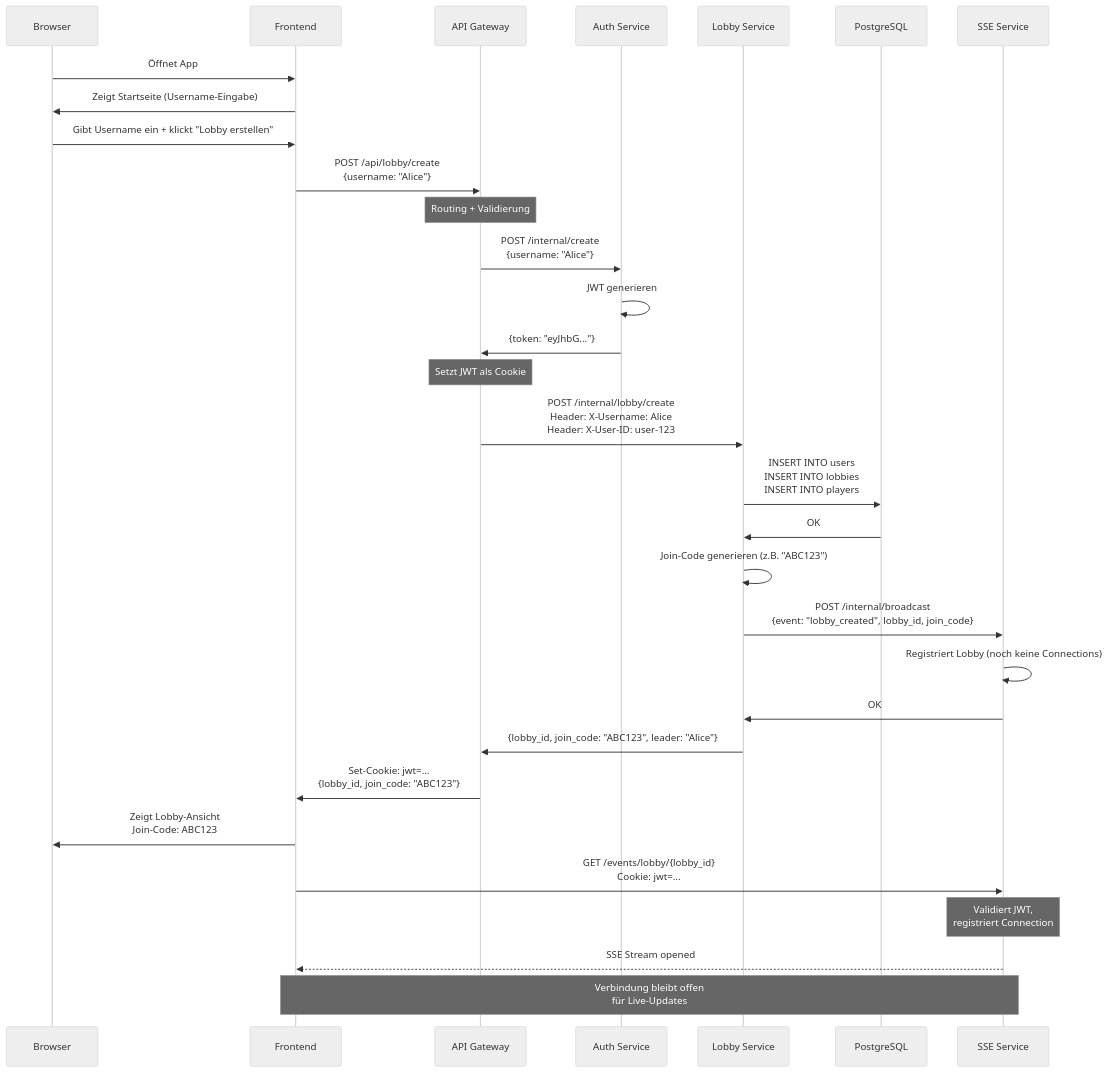
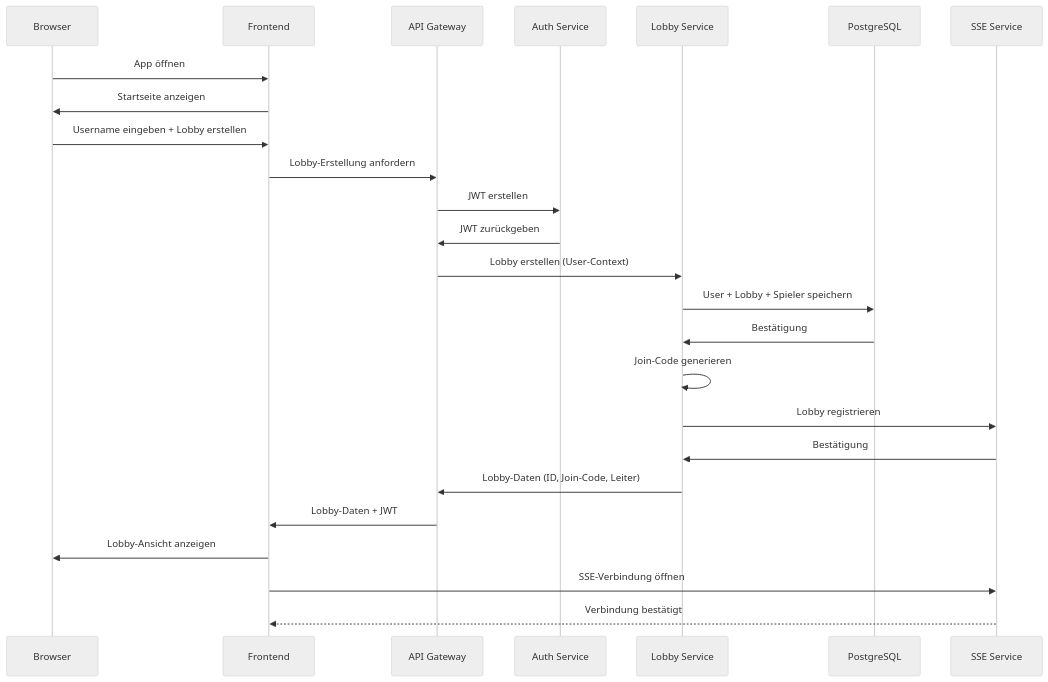
Before and after one commit to KnuffelGame/Project-Management: the first of 10 diagrams in Sequenzdiagramme.md, drawn with Mermaid (neutral theme). The commit also changed other lines of this file, not shown here.

````diff
--- a/Sequenzdiagramme.md
+++ b/Sequenzdiagramme.md
@@ -10,47 +35,37 @@
 ```mermaid
 sequenceDiagram
     participant Browser
     participant Frontend
     participant Gateway as API Gateway
     participant Auth as Auth Service
     participant Lobby as Lobby Service
     participant DB as PostgreSQL
     participant SSE as SSE Service
 
-    Browser->>Frontend: Öffnet App
-    Frontend->>Browser: Zeigt Startseite (Username-Eingabe)
+    Browser->>Frontend: App öffnen
+    Frontend->>Browser: Startseite anzeigen
     
-    Browser->>Frontend: Gibt Username ein + klickt "Lobby erstellen"
+    Browser->>Frontend: Username eingeben + Lobby erstellen
+    Frontend->>Gateway: Lobby-Erstellung anfordern
     
-    Frontend->>Gateway: POST /api/lobby/create<br/>{username: "Alice"}
+    Gateway->>Auth: JWT erstellen
+    Auth->>Gateway: JWT zurückgeben
     
-    Note over Gateway: Routing + Validierung
+    Gateway->>Lobby: Lobby erstellen (User-Context)
     
-    Gateway->>Auth: POST /internal/create<br/>{username: "Alice"}
-    Auth->>Auth: JWT generieren
-    Auth->>Gateway: {token: "eyJhbG..."}
+    Lobby->>DB: User + Lobby + Spieler speichern
+    DB->>Lobby: Bestätigung
     
-    Note over Gateway: Setzt JWT als Cookie
+    Lobby->>Lobby: Join-Code generieren
     
-    Gateway->>Lobby: POST /internal/lobby/create<br/>Header: X-Username: Alice<br/>Header: X-User-ID: user-123
+    Lobby->>SSE: Lobby registrieren
+    SSE->>Lobby: Bestätigung
     
-    Lobby->>DB: INSERT INTO users<br/>INSERT INTO lobbies<br/>INSERT INTO players
-    DB->>Lobby: OK
+    Lobby->>Gateway: Lobby-Daten (ID, Join-Code, Leiter)
+    Gateway->>Frontend: Lobby-Daten + JWT
     
-    Lobby->>Lobby: Join-Code generieren (z.B. "ABC123")
+    Frontend->>Browser: Lobby-Ansicht anzeigen
     
-    Lobby->>SSE: POST /internal/broadcast<br/>{event: "lobby_created", lobby_id, join_code}
-    SSE->>SSE: Registriert Lobby (noch keine Connections)
-    SSE->>Lobby: OK
-    
-    Lobby->>Gateway: {lobby_id, join_code: "ABC123", leader: "Alice"}
-    Gateway->>Frontend: Set-Cookie: jwt=...<br/>{lobby_id, join_code: "ABC123"}
-    
-    Frontend->>Browser: Zeigt Lobby-Ansicht<br/>Join-Code: ABC123
-    
-    Frontend->>SSE: GET /events/lobby/{lobby_id}<br/>Cookie: jwt=...
-    Note over SSE: Validiert JWT,<br/>registriert Connection
-    SSE-->>Frontend: SSE Stream opened
-    
-    Note over Frontend,SSE: Verbindung bleibt offen<br/>für Live-Updates
+    Frontend->>SSE: SSE-Verbindung öffnen
+    SSE-->>Frontend: Verbindung bestätigt
 ```
````
